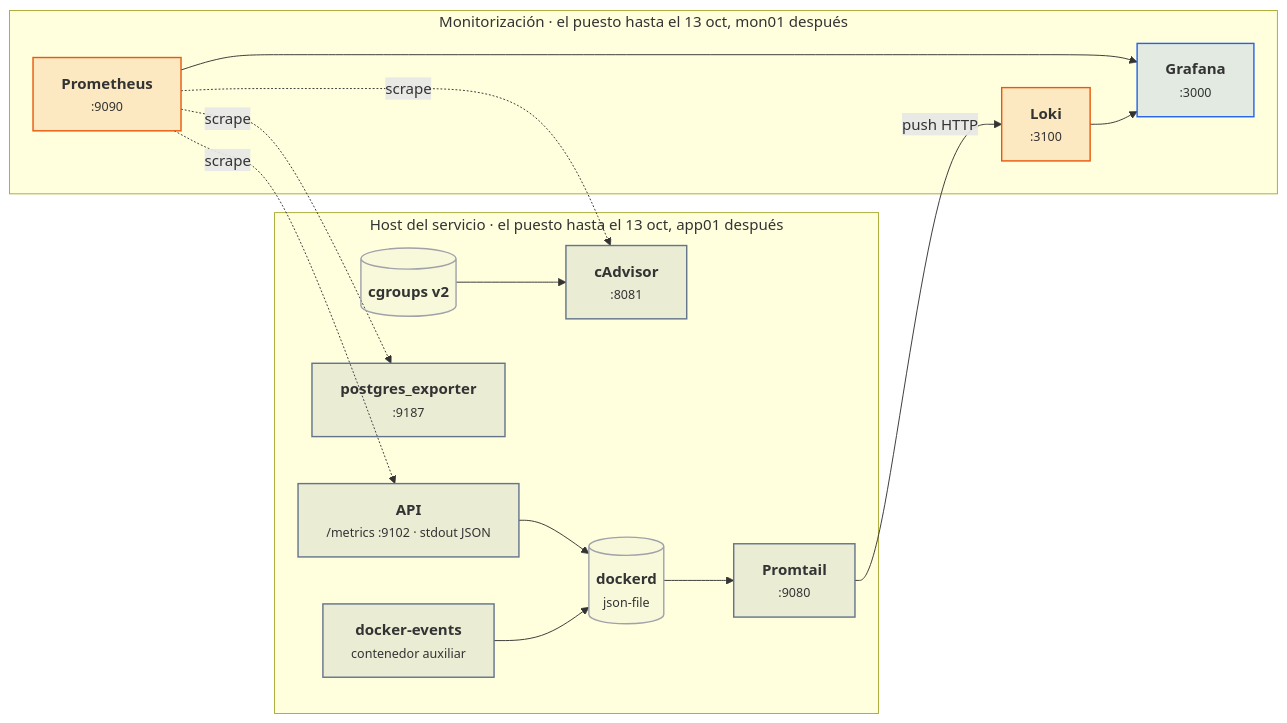
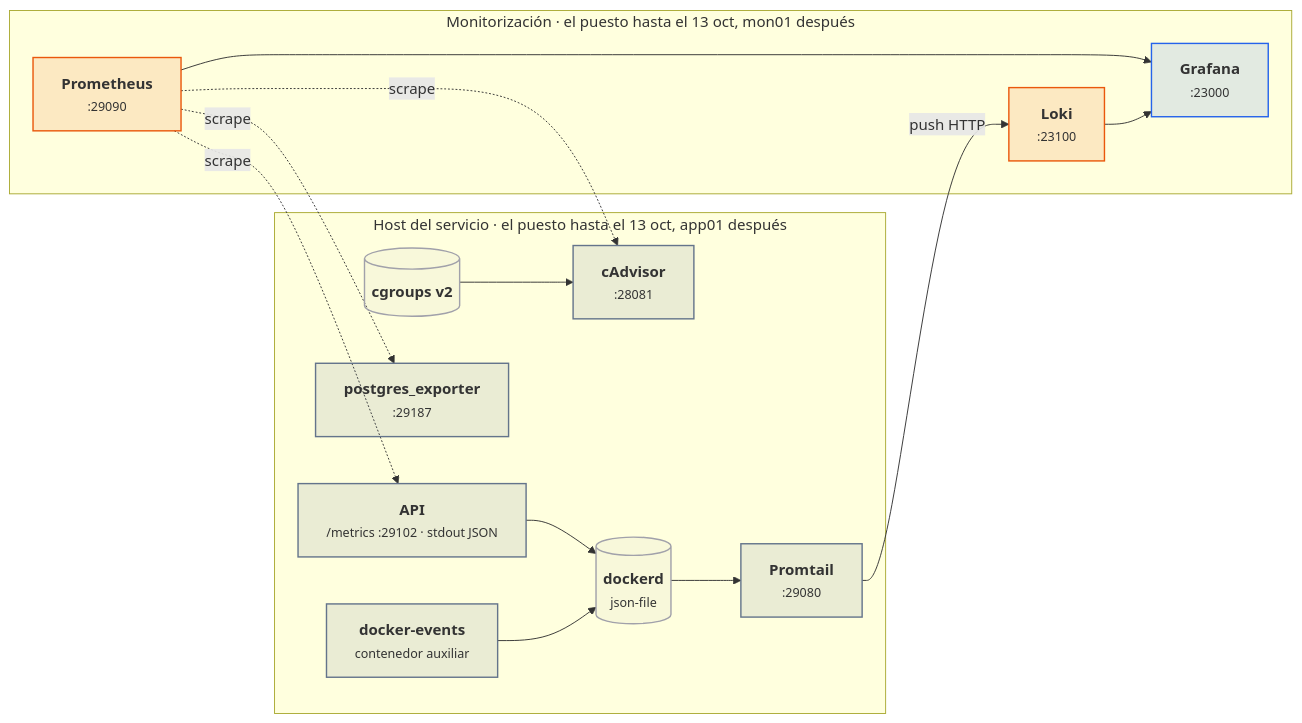
Before and after one commit to victor-educ/apuntes-5169: the first of 8 diagrams in docs/ut/ut1-observabilidad.md, drawn with Mermaid. The commit also changed other lines of this file and 13 other files, not shown here.

````diff
--- a/docs/ut/ut1-observabilidad.md
+++ b/docs/ut/ut1-observabilidad.md
@@ -32,33 +32,33 @@
 ```mermaid
 flowchart LR
     subgraph app01["Host del servicio · el puesto hasta el 13 oct, app01 después"]
-        api["<b>API</b><br><small>/metrics :9102 · stdout JSON</small>"]:::pieza
-        cad["<b>cAdvisor</b><br><small>:8081</small>"]:::pieza
-        pgx["<b>postgres_exporter</b><br><small>:9187</small>"]:::pieza
+        api["<b>API</b><br><small>/metrics :29102 · stdout JSON</small>"]:::pieza
+        cad["<b>cAdvisor</b><br><small>:28081</small>"]:::pieza
+        pgx["<b>postgres_exporter</b><br><small>:29187</small>"]:::pieza
         ev["<b>docker-events</b><br><small>contenedor auxiliar</small>"]:::pieza
-        pt["<b>Promtail</b><br><small>:9080</small>"]:::pieza
+        pt["<b>Promtail</b><br><small>:29080</small>"]:::pieza
         dk[("<b>dockerd</b><br><small>json-file</small>")]:::infra
         cg[("<b>cgroups v2</b>")]:::infra
         cg --> cad
         api --> dk
         ev --> dk
         dk --> pt
     end
     subgraph mon01["Monitorización · el puesto hasta el 13 oct, mon01 después"]
-        prom["<b>Prometheus</b><br><small>:9090</small>"]:::act
-        loki["<b>Loki</b><br><small>:3100</small>"]:::act
-        graf["<b>Grafana</b><br><small>:3000</small>"]:::dato
+        prom["<b>Prometheus</b><br><small>:29090</small>"]:::act
+        loki["<b>Loki</b><br><small>:23100</small>"]:::act
+        graf["<b>Grafana</b><br><small>:23000</small>"]:::dato
         prom --> graf
         loki --> graf
     end
     prom -.->|scrape| api
     prom -.->|scrape| cad
     prom -.->|scrape| pgx
     pt -->|push HTTP| loki
     classDef act fill:#ea580c22,stroke:#ea580c,stroke-width:1.5px
     classDef pieza fill:#64748b22,stroke:#64748b,stroke-width:1.5px
     classDef dato fill:#2563eb22,stroke:#2563eb,stroke-width:1.5px
     classDef infra fill:#a1a1aa14,stroke:#a1a1aa,stroke-width:1.5px
     classDef ok fill:#16a34a22,stroke:#16a34a,stroke-width:1.5px
     classDef riesgo fill:#dc262622,stroke:#dc2626,stroke-width:1.5px
 ```
````
